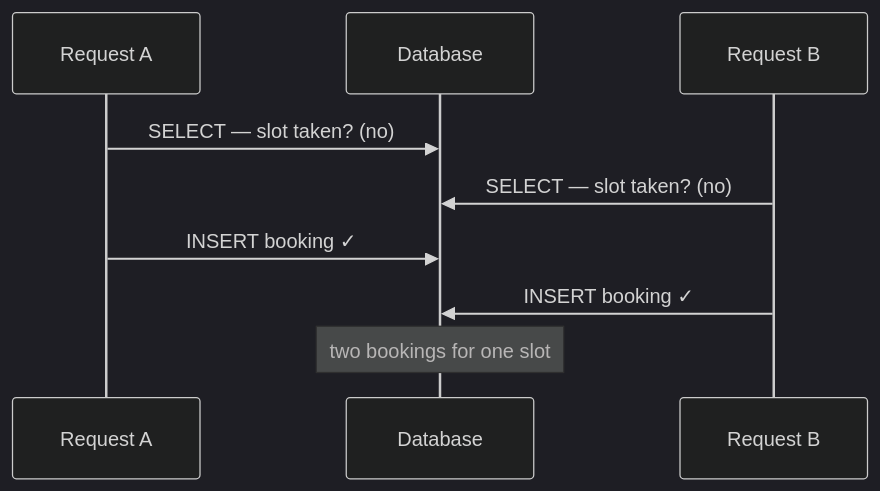
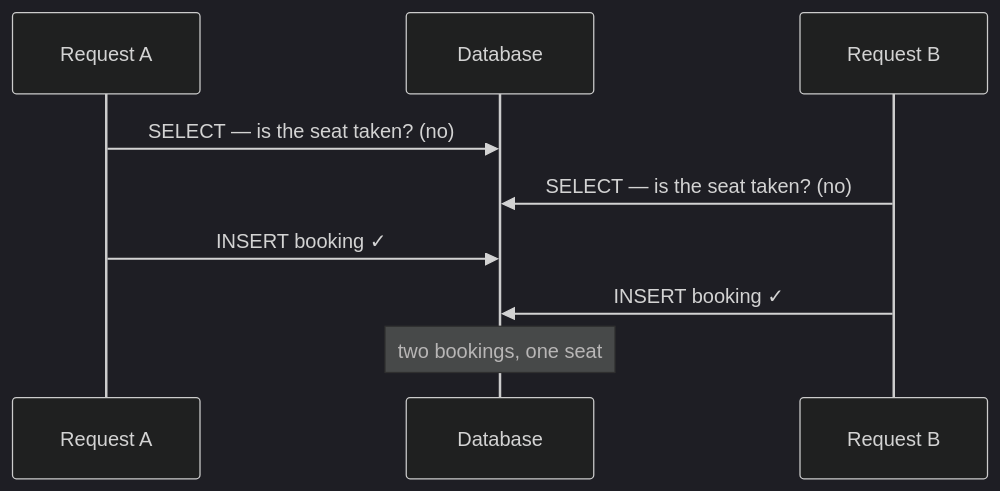
One commit to kukjun/blog changed the diagram in src/content/blog/en/redis-distributed-lock.md. Above: the diagram before and after it, drawn with Mermaid (dark theme). The commit also changed other lines of this file and 5 other files, not shown here.

````diff
--- a/src/content/blog/en/redis-distributed-lock.md
+++ b/src/content/blog/en/redis-distributed-lock.md
@@ -27,11 +26,11 @@
 ```mermaid
 sequenceDiagram
   participant A as Request A
   participant DB as Database
   participant B as Request B
-  A->>DB: SELECT — slot taken? (no)
-  B->>DB: SELECT — slot taken? (no)
+  A->>DB: SELECT — is the seat taken? (no)
+  B->>DB: SELECT — is the seat taken? (no)
   A->>DB: INSERT booking ✓
   B->>DB: INSERT booking ✓
-  Note over DB: two bookings for one slot
+  Note over DB: two bookings, one seat
 ```
````
